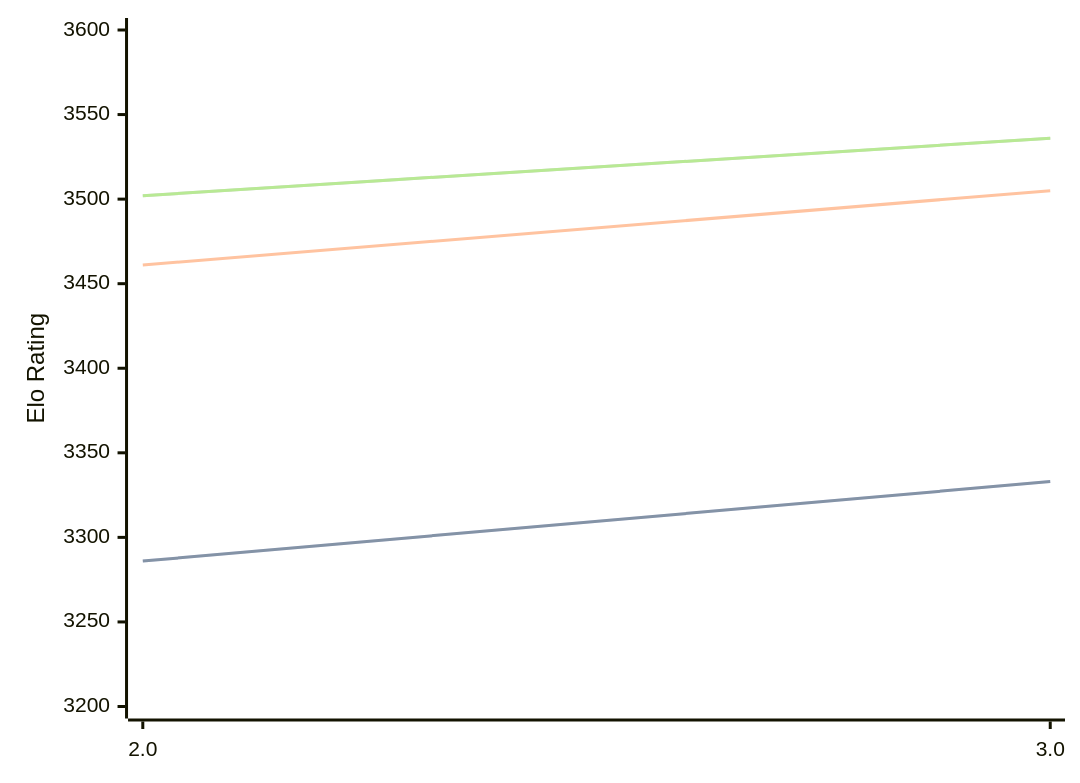
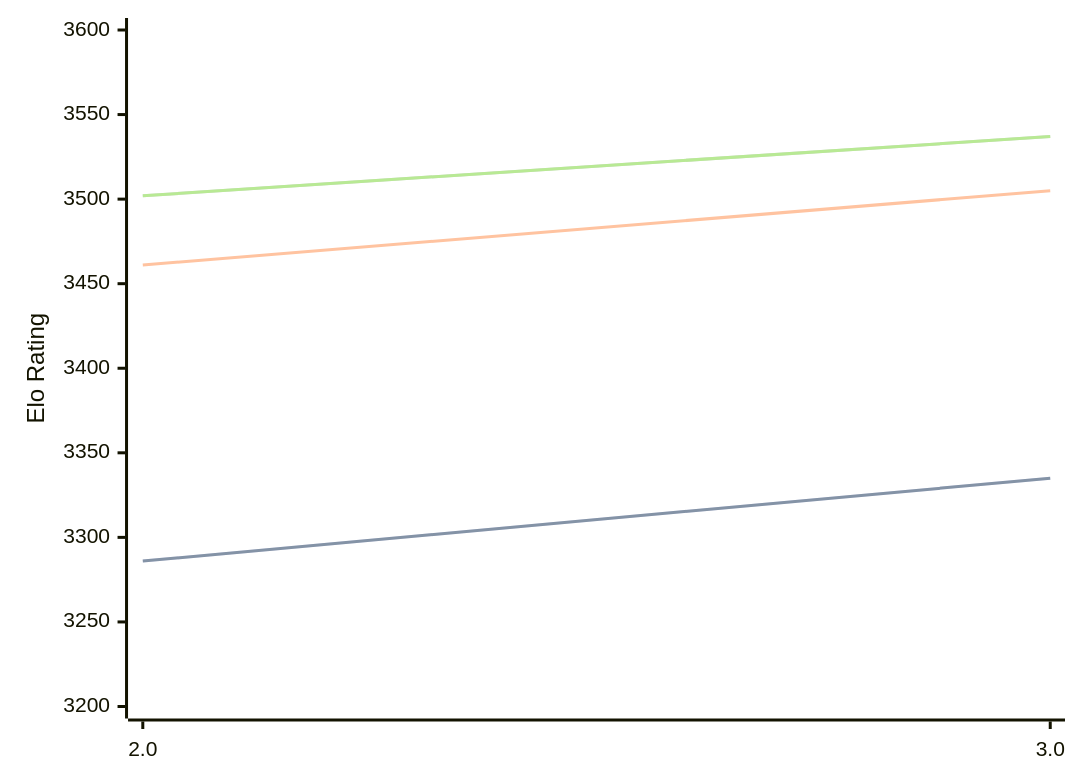
One commit to computer-chess-index/cci changed the diagram in engines/Quanticade.md. Above: the diagram before and after it, drawn with Mermaid. The commit also changed other lines of this file, not shown here.

Commit message:
Update CCI Ratings (ELO VLTC) - 2026-08-17

````diff
--- a/engines/Quanticade.md
+++ b/engines/Quanticade.md
@@ -32,11 +32,11 @@
 ```mermaid
 %%{init: {"theme":"base","themeVariables":{"seriesColors:['#a3a3a3','#222221','#faa371']}}}%%
 xychart-beta
   x-axis ["2.0", "3.0"]
   y-axis "Elo Rating" 3200 --> 3600
-  line "STC (8.0+0.08s)" [3286, 3333]
-  line "STC (8.0+0.08s)" [3286, 3333]
+  line "STC (8.0+0.08s)" [3286, 3335]
+  line "STC (8.0+0.08s)" [3286, 3335]
   line "LTC (60.0+0.60s)" [3461, 3505]
-  line "VLTC (2m24s+1.12s)" [3502, 3536]
-  line "VLTC (2m24s+1.12s)" [3502, 3536]
+  line "VLTC (2m24s+1.12s)" [3502, 3537]
+  line "VLTC (2m24s+1.12s)" [3502, 3537]
 ```
````
